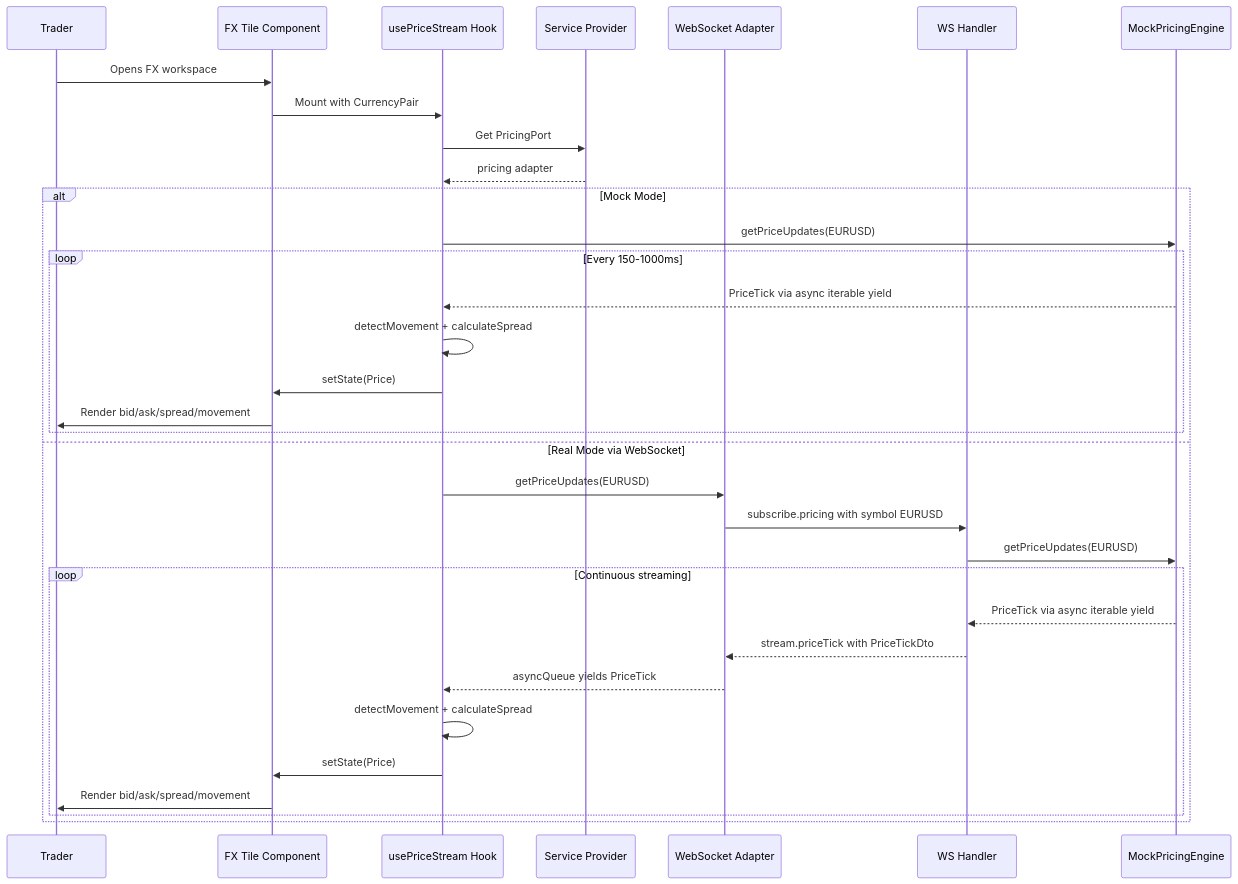
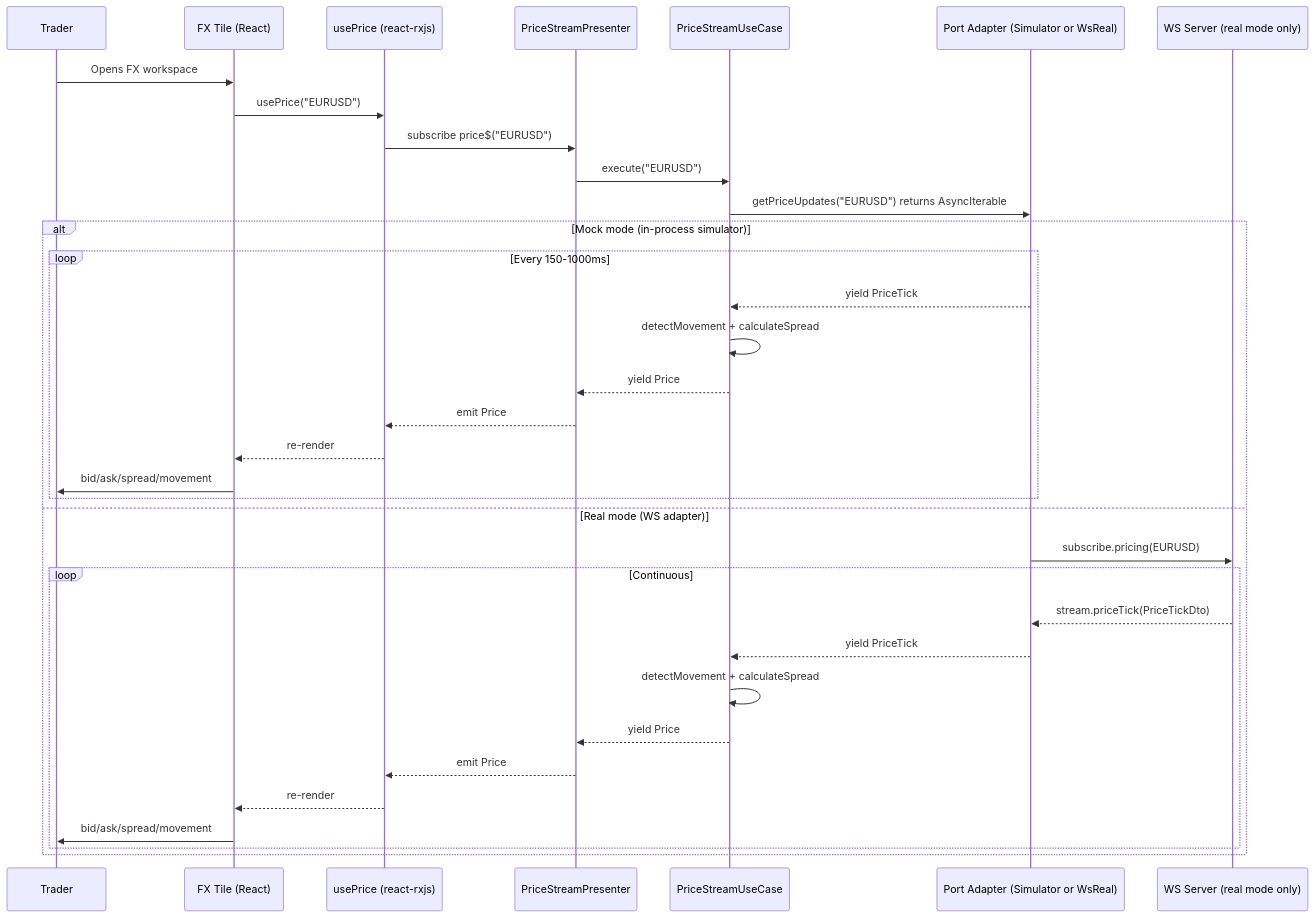
Before and after one commit to bettersoftware-io/ReactiveTraderCloudClone: diagram 11 of 18 in docs/architecture.md, drawn with Mermaid. The commit also changed other lines of this file, not shown here.

First line of the commit message:
Revise architecture.md for stricter clean-architecture alignment

````diff
--- a/docs/architecture.md
+++ b/docs/architecture.md
@@ -470,37 +695,38 @@
 ```mermaid
 sequenceDiagram
     participant Trader
-    participant Tile as FX Tile Component
-    participant Hook as usePriceStream Hook
-    participant SvcCtx as Service Provider
-    participant WsAdapter as WebSocket Adapter
-    participant Server as WS Handler
-    participant Engine as MockPricingEngine
+    participant Tile as FX Tile (React)
+    participant Hook as usePrice (react-rxjs)
+    participant Presenter as PriceStreamPresenter
+    participant UC as PriceStreamUseCase
+    participant Adapter as Port Adapter (Simulator or WsReal)
+    participant Server as WS Server (real mode only)
 
     Trader->>Tile: Opens FX workspace
-    Tile->>Hook: Mount with CurrencyPair
-    Hook->>SvcCtx: Get PricingPort
-    SvcCtx-->>Hook: pricing adapter
+    Tile->>Hook: usePrice("EURUSD")
+    Hook->>Presenter: subscribe price$("EURUSD")
+    Presenter->>UC: execute("EURUSD")
+    UC->>Adapter: getPriceUpdates("EURUSD") returns AsyncIterable
 
-    alt Mock Mode
-        Hook->>Engine: getPriceUpdates(EURUSD)
+    alt Mock mode (in-process simulator)
         loop Every 150-1000ms
-            Engine-->>Hook: PriceTick via async iterable yield
-            Hook->>Hook: detectMovement + calculateSpread
-            Hook->>Tile: setState(Price)
-            Tile->>Trader: Render bid/ask/spread/movement
+            Adapter-->>UC: yield PriceTick
+            UC->>UC: detectMovement + calculateSpread
+            UC-->>Presenter: yield Price
+            Presenter-->>Hook: emit Price
+            Hook-->>Tile: re-render
+            Tile->>Trader: bid/ask/spread/movement
         end
-    else Real Mode via WebSocket
-        Hook->>WsAdapter: getPriceUpdates(EURUSD)
-        WsAdapter->>Server: subscribe.pricing with symbol EURUSD
-        Server->>Engine: getPriceUpdates(EURUSD)
-        loop Continuous streaming
-            Engine-->>Server: PriceTick via async iterable yield
-            Server-->>WsAdapter: stream.priceTick with PriceTickDto
-            WsAdapter-->>Hook: asyncQueue yields PriceTick
-            Hook->>Hook: detectMovement + calculateSpread
-            Hook->>Tile: setState(Price)
-            Tile->>Trader: Render bid/ask/spread/movement
+    else Real mode (WS adapter)
+        Adapter->>Server: subscribe.pricing(EURUSD)
+        loop Continuous
+            Server-->>Adapter: stream.priceTick(PriceTickDto)
+            Adapter-->>UC: yield PriceTick
+            UC->>UC: detectMovement + calculateSpread
+            UC-->>Presenter: yield Price
+            Presenter-->>Hook: emit Price
+            Hook-->>Tile: re-render
+            Tile->>Trader: bid/ask/spread/movement
         end
     end
 ```
````
